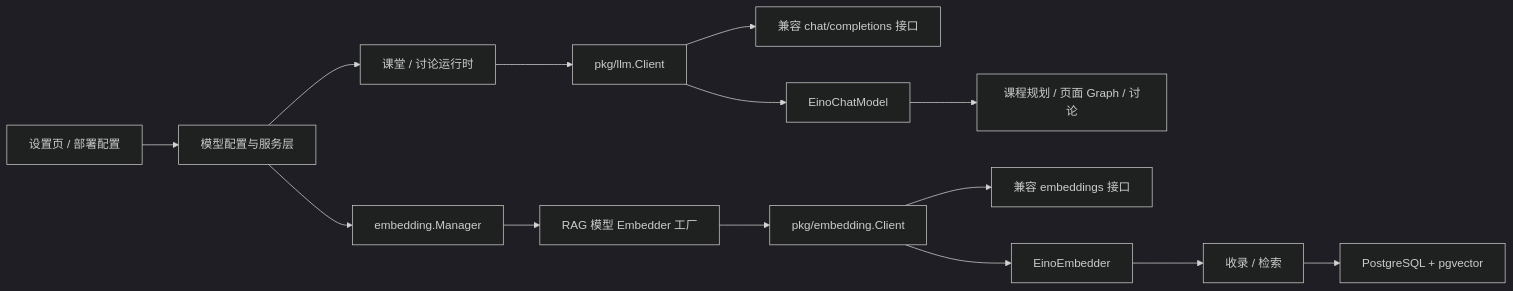
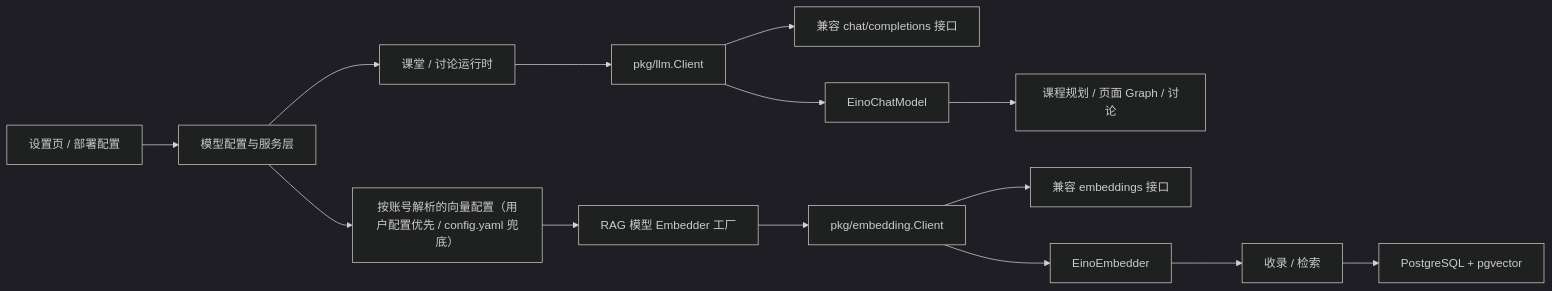
The diagram in docs/设计文档.md (qianqiang-del/Narra), drawn with Mermaid (dark theme) before and after one commit. The commit also changed other lines of this file and 41 other files, not shown here.

Commit message:
Embedding 配置改为按账号解析：用户配置优先、config.yaml 兜底

````diff
--- a/docs/设计文档.md
+++ b/docs/设计文档.md
@@ -18,17 +18,17 @@
 ```mermaid
 flowchart LR
     Settings["设置页 / 部署配置"] --> Config["模型配置与服务层"]
     Config --> Runtime["课堂 / 讨论运行时"]
     Runtime --> LLM["pkg/llm.Client"]
     LLM --> ChatAPI["兼容 chat/completions 接口"]
     LLM --> EinoLLM["EinoChatModel"]
     EinoLLM --> Agents["课程规划 / 页面 Graph / 讨论"]
 
-    Config --> Manager["embedding.Manager"]
-    Manager --> Factory["RAG 模型 Embedder 工厂"]
+    Config --> Resolver["按账号解析的向量配置（用户配置优先 / config.yaml 兜底）"]
+    Resolver --> Factory["RAG 模型 Embedder 工厂"]
     Factory --> Embed["pkg/embedding.Client"]
     Embed --> EmbedAPI["兼容 embeddings 接口"]
     Embed --> EinoEmbed["EinoEmbedder"]
     EinoEmbed --> RAG["收录 / 检索"]
     RAG --> PG["PostgreSQL + pgvector"]
 ```
````
